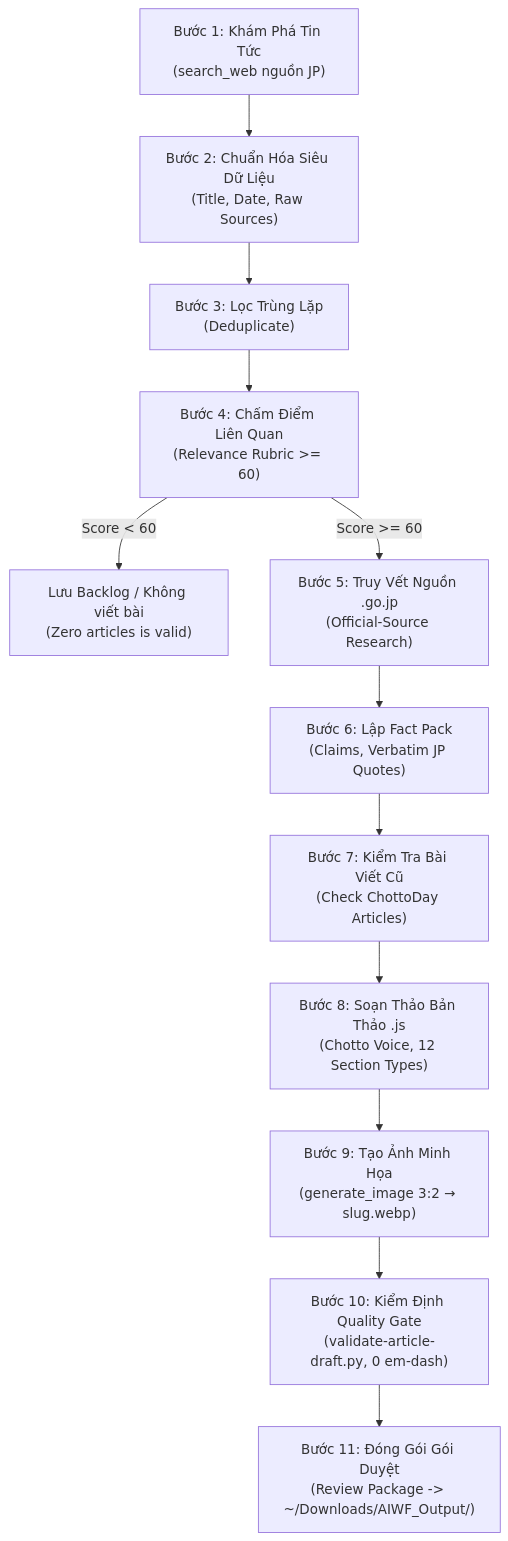
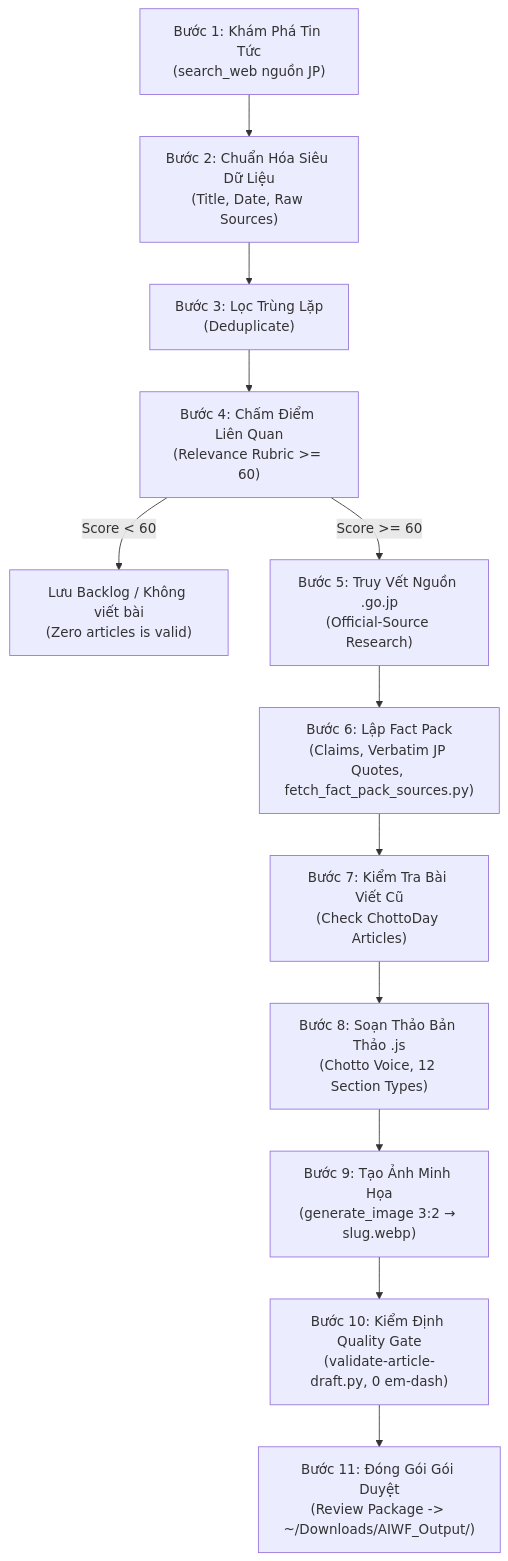
One commit to bangluutru/ai-workforce changed the diagram in .agents/skills/chotto-newsroom/SKILL.md. Above: the diagram before and after it, drawn with Mermaid. The commit also changed other lines of this file and 9 other files, not shown here.

First line of the commit message:
fix(chotto-newsroom): validator checks every string/number/law pairing; fact-pack source check

````diff
--- a/.agents/skills/chotto-newsroom/SKILL.md
+++ b/.agents/skills/chotto-newsroom/SKILL.md
@@ -75,14 +76,14 @@
 ```mermaid
 graph TD
     S1["Bước 1: Khám Phá Tin Tức<br/>(search_web nguồn JP)"] --> S2["Bước 2: Chuẩn Hóa Siêu Dữ Liệu<br/>(Title, Date, Raw Sources)"]
     S2 --> S3["Bước 3: Lọc Trùng Lặp<br/>(Deduplicate)"]
     S3 --> S4["Bước 4: Chấm Điểm Liên Quan<br/>(Relevance Rubric >= 60)"]
     S4 -->|Score < 60| S4B["Lưu Backlog / Không viết bài<br/>(Zero articles is valid)"]
     S4 -->|Score >= 60| S5["Bước 5: Truy Vết Nguồn .go.jp<br/>(Official-Source Research)"]
-    S5 --> S6["Bước 6: Lập Fact Pack<br/>(Claims, Verbatim JP Quotes)"]
+    S5 --> S6["Bước 6: Lập Fact Pack<br/>(Claims, Verbatim JP Quotes, fetch_fact_pack_sources.py)"]
     S6 --> S7["Bước 7: Kiểm Tra Bài Viết Cũ<br/>(Check ChottoDay Articles)"]
     S7 --> S8["Bước 8: Soạn Thảo Bản Thảo .js<br/>(Chotto Voice, 12 Section Types)"]
     S8 --> S9["Bước 9: Tạo Ảnh Minh Họa<br/>(generate_image 3:2 → slug.webp)"]
     S9 --> S10["Bước 10: Kiểm Định Quality Gate<br/>(validate-article-draft.py, 0 em-dash)"]
     S10 --> S11["Bước 11: Đóng Gói Gói Duyệt<br/>(Review Package -> ~/Downloads/AIWF_Output/)"]
 ```
````
